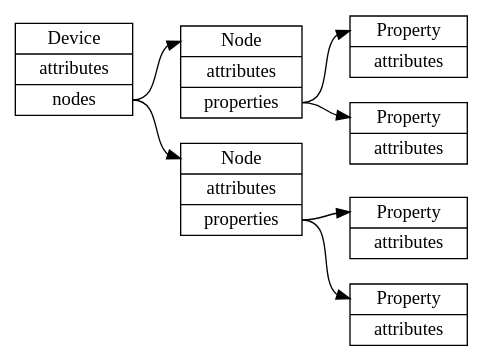
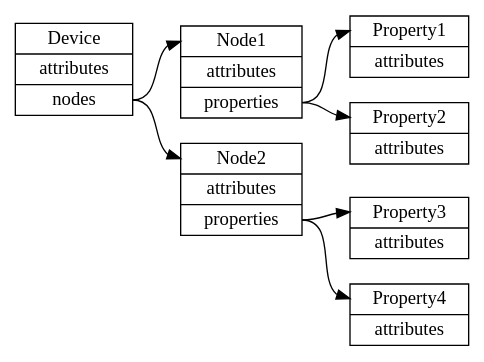
One commit to 2bndy5/CircuitPython_Homie changed the first of 2 diagrams in docs/API/topology.rst. Above: the diagram before and after it, drawn with Graphviz. The commit also changed other lines of this file and 21 other files, not shown here.

```diff
--- a/docs/API/topology.rst
+++ b/docs/API/topology.rst
@@ -9,40 +9,40 @@
 .. graphviz::
     :align: center
 
     digraph g {
         rankdir = "LR"
         device [
             label="<f0> Device | <f1> attributes | <f2> nodes"
             shape="record"
         ]
         node1 [
-            label="<f0> Node | <f1> attributes | <f2> properties"
+            label="<f0> Node1 | <f1> attributes | <f2> properties"
             shape="record"
         ]
         node2 [
-            label="<f0> Node | <f1> attributes | <f2> properties"
+            label="<f0> Node2 | <f1> attributes | <f2> properties"
             shape="record"
         ]
         property1 [
-            label = "<f0> Property | <f1> attributes"
+            label = "<f0> Property1 | <f1> attributes"
             shape = "record"
         ]
         property2 [
-            label = "<f0> Property | <f1> attributes"
+            label = "<f0> Property2 | <f1> attributes"
             shape = "record"
         ]
         property3 [
-            label = "<f0> Property | <f1> attributes"
+            label = "<f0> Property3 | <f1> attributes"
             shape = "record"
         ]
         property4 [
-            label = "<f0> Property | <f1> attributes"
+            label = "<f0> Property4 | <f1> attributes"
             shape = "record"
         ]
         device:f2 -> node1:f0
         device:f2 -> node2:f0
         node1:f2 -> property1:f0
         node1:f2 -> property2:f0
         node2:f2 -> property3:f0
         node2:f2 -> property4:f0
     }
```
